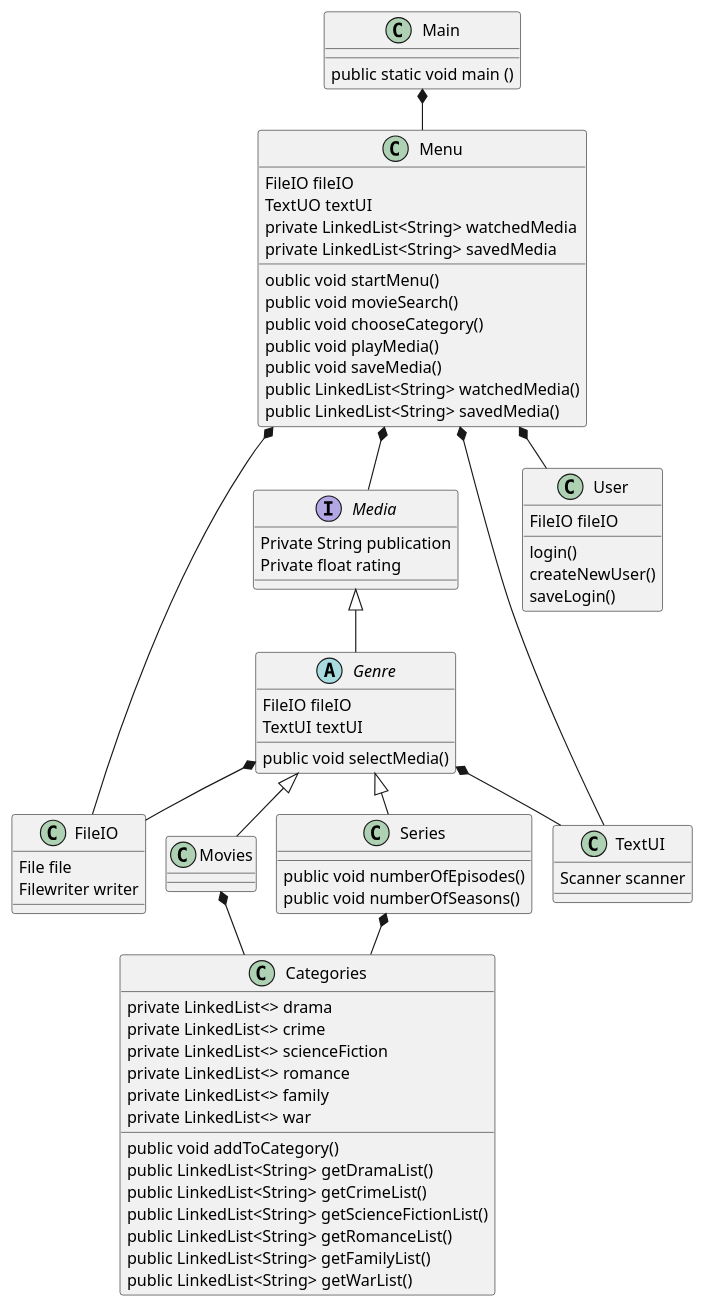
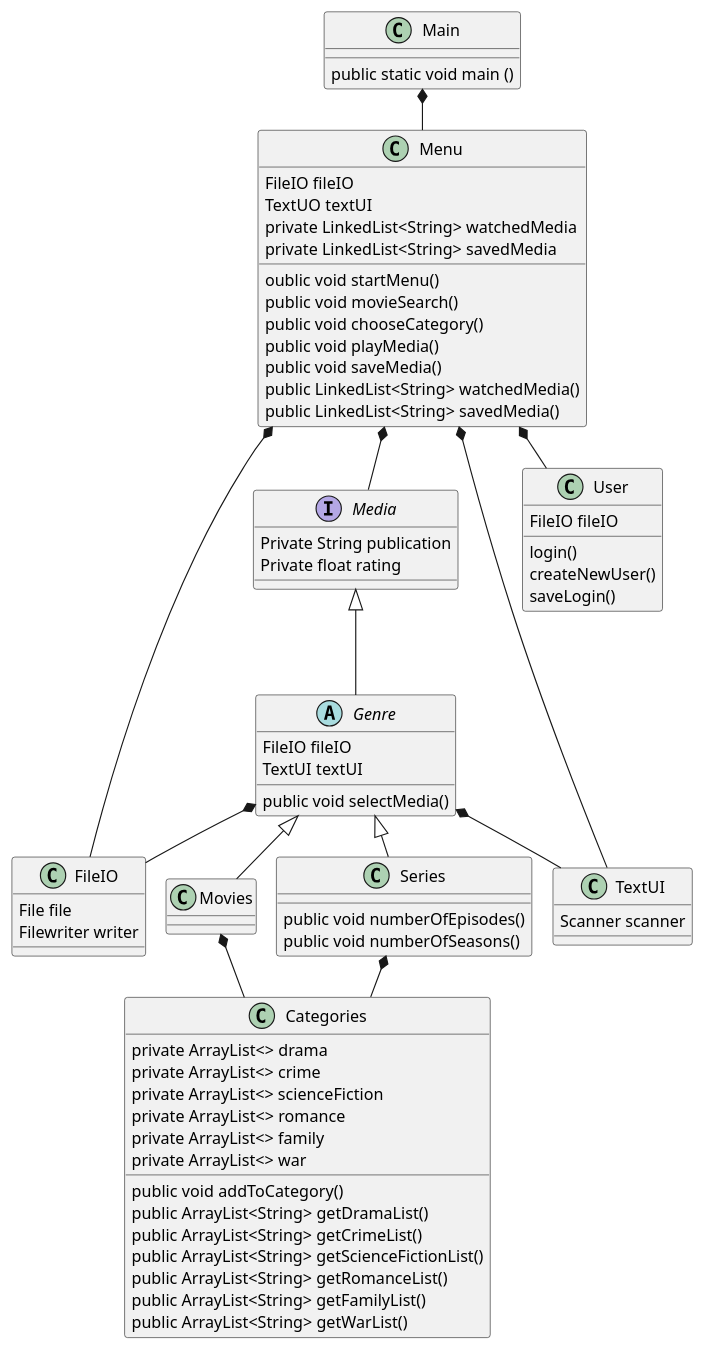
The diagram in .idea/Class.puml (MichellaBech/SP3), drawn with PlantUML before and after one commit.

```diff
--- a/.idea/Class.puml
+++ b/.idea/Class.puml
@@ -1,105 +1,105 @@
 @startuml
 'https://plantuml.com/class-diagram
 !pragma layout smetana
 
 interface FileIO
 class Movies
 class Series
 interface Media
 class TextUI
 class Categories
 class User
 class Menu
 class Main
 
 Abstract class Genre
 
-Media <|-- Genre
+Media <|--- Genre
 Genre <|-- Movies
 Genre <|-- Series
 
 Main *-- Menu
 Movies *-- Categories
 Series *-- Categories
 Menu *-- User
 Menu *-- Media
 Menu *-- FileIO
 Menu *-- TextUI
 Genre *-- FileIO
 Genre *-- TextUI
 
 Abstract class Genre {
 FileIO fileIO
 TextUI textUI
 public void selectMedia()
 }
 
 class TextUI
 {
 Scanner scanner
 }
 
 class FileIO {
 File file
 Filewriter writer
 }
 
 class Main {
 public static void main ()
 }
 
 
 class Categories {
-private LinkedList<> drama
-private LinkedList<> crime
-private LinkedList<> scienceFiction
-private LinkedList<> romance
-private LinkedList<> family
-private LinkedList<> war
+private ArrayList<> drama
+private ArrayList<> crime
+private ArrayList<> scienceFiction
+private ArrayList<> romance
+private ArrayList<> family
+private ArrayList<> war
 
 public void addToCategory()
-public LinkedList<String> getDramaList()
-public LinkedList<String> getCrimeList()
-public LinkedList<String> getScienceFictionList()
-public LinkedList<String> getRomanceList()
-public LinkedList<String> getFamilyList()
-public LinkedList<String> getWarList()
+public ArrayList<String> getDramaList()
+public ArrayList<String> getCrimeList()
+public ArrayList<String> getScienceFictionList()
+public ArrayList<String> getRomanceList()
+public ArrayList<String> getFamilyList()
+public ArrayList<String> getWarList()
 }
 
 Interface Media {
 Private String publication
 Private float rating
 }
 
 class Movies{
 
 }
 
 class Series {
 public void numberOfEpisodes()
 public void numberOfSeasons()
 }
 
 class User{
 FileIO fileIO
 login()
 createNewUser()
 saveLogin()
 }
 
 class Menu {
 FileIO fileIO
 TextUO textUI
 private LinkedList<String> watchedMedia
 private LinkedList<String> savedMedia
 oublic void startMenu()
 public void movieSearch()
 public void chooseCategory()
 public void playMedia()
 public void saveMedia()
 public LinkedList<String> watchedMedia()
 public LinkedList<String> savedMedia()
 }
 
 
 @enduml
```
